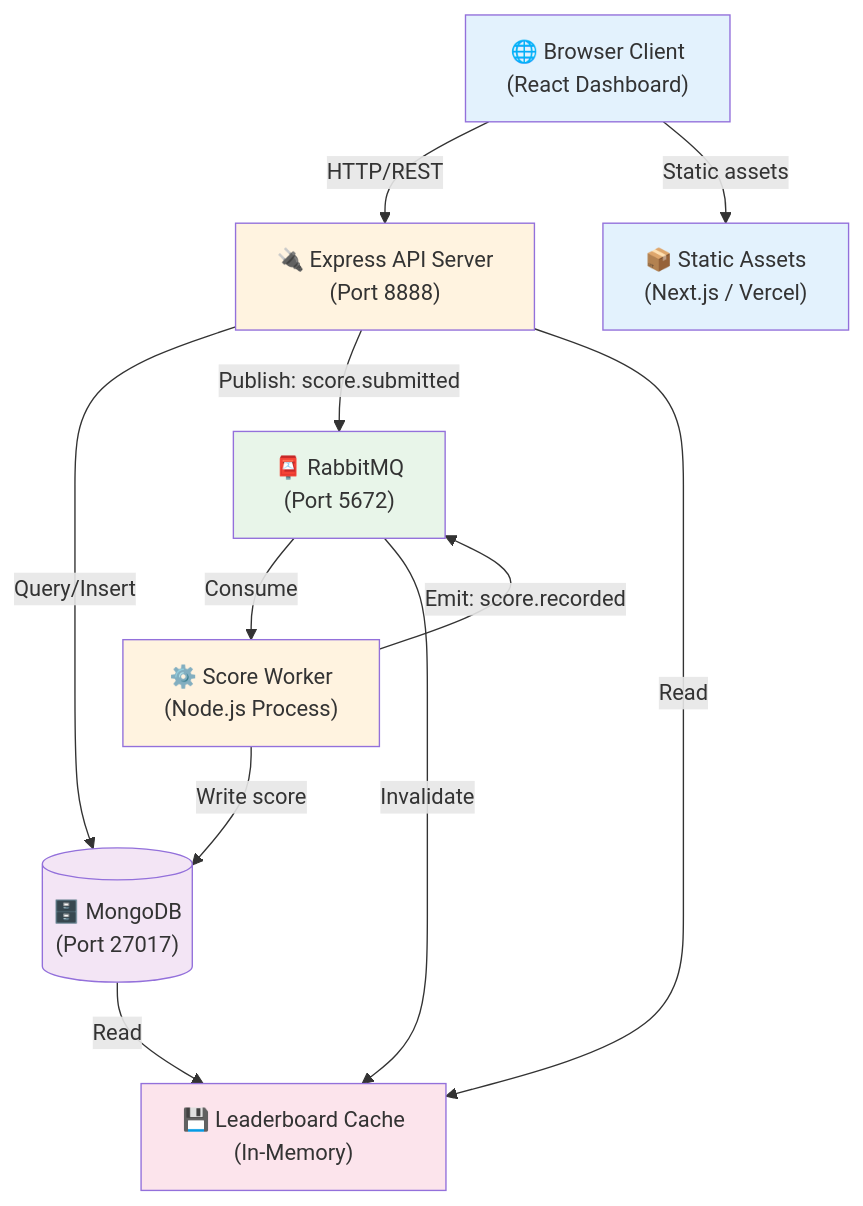
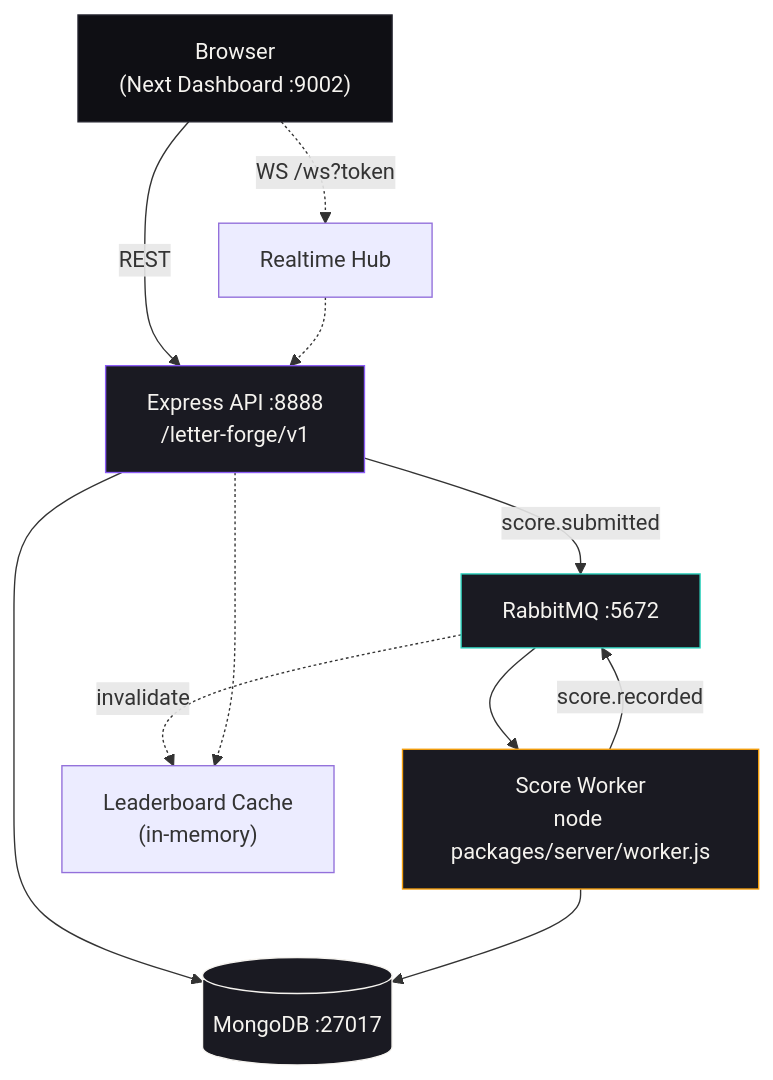
One commit to da-imran/letterforge-app changed the first of 5 diagrams in README.md. Above: the diagram before and after it, drawn with Mermaid. The commit also changed other lines of this file, not shown here.

````diff
--- a/README.md
+++ b/README.md
@@ -113,29 +91,19 @@
 ```mermaid
 graph TB
-    Client["🌐 Browser Client<br/>(React Dashboard)"]
-    CDN["📦 Static Assets<br/>(Next.js / Vercel)"]
-    API["🔌 Express API Server<br/>(Port 8888)"]
-    DB[("🗄️ MongoDB<br/>(Port 27017)")]
-    Queue["📮 RabbitMQ<br/>(Port 5672)"]
-    Worker["⚙️ Score Worker<br/>(Node.js Process)"]
-    Cache["💾 Leaderboard Cache<br/>(In-Memory)"]
+    Client["Browser<br/>(Next Dashboard :9002)"] -->|REST| API["Express API :8888<br/>/letter-forge/v1"]
+    Client -.->|WS /ws?token| RT["Realtime Hub"]
+    API --> DB[("MongoDB :27017")]
+    API -->|score.submitted| Q["RabbitMQ :5672"]
+    Q --> W["Score Worker<br/>node packages/server/worker.js"]
+    W --> DB
+    W -->|score.recorded| Q
+    Q -.->|invalidate| Cache["Leaderboard Cache<br/>(in-memory)"]
+    API -.-> Cache
+    RT -.-> API
 
-    Client -->|HTTP/REST| API
-    Client -->|Static assets| CDN
-    API -->|Query/Insert| DB
-    API -->|Publish: score.submitted| Queue
-    Queue -->|Consume| Worker
-    Worker -->|Write score| DB
-    Worker -->|Emit: score.recorded| Queue
-    Queue -->|Invalidate| Cache
-    API -->|Read| Cache
-    DB -->|Read| Cache
-
-    style Client fill:#e3f2fd
-    style API fill:#fff3e0
-    style DB fill:#f3e5f5
-    style Queue fill:#e8f5e9
-    style Worker fill:#fff3e0
-    style Cache fill:#fce4ec
-    style CDN fill:#e3f2fd
+    style Client fill:#0F0F14,stroke:#23232E,color:#F5F3EF
+    style API fill:#1A1A22,stroke:#8B5CF6,color:#F5F3EF
+    style Q fill:#1A1A22,stroke:#2DD4BF,color:#F5F3EF
+    style W fill:#1A1A22,stroke:#F59E0B,color:#F5F3EF
+    style DB fill:#1A1A22,stroke:#F5F3EF,color:#F5F3EF
 ```
````
